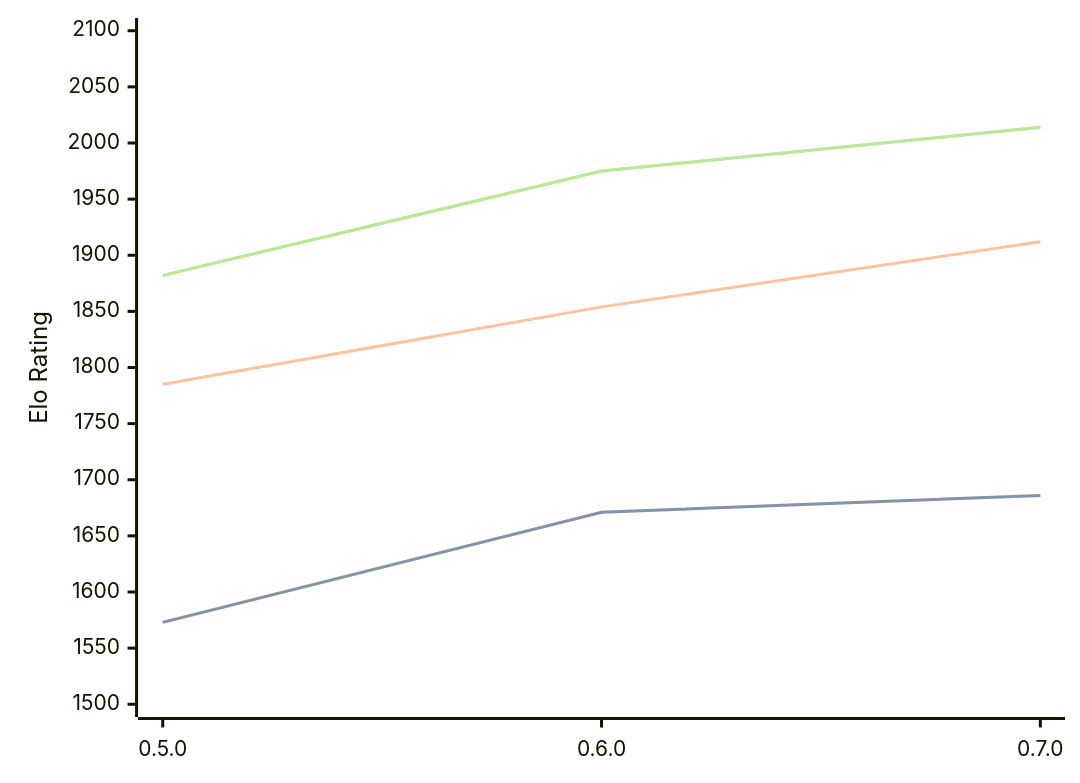
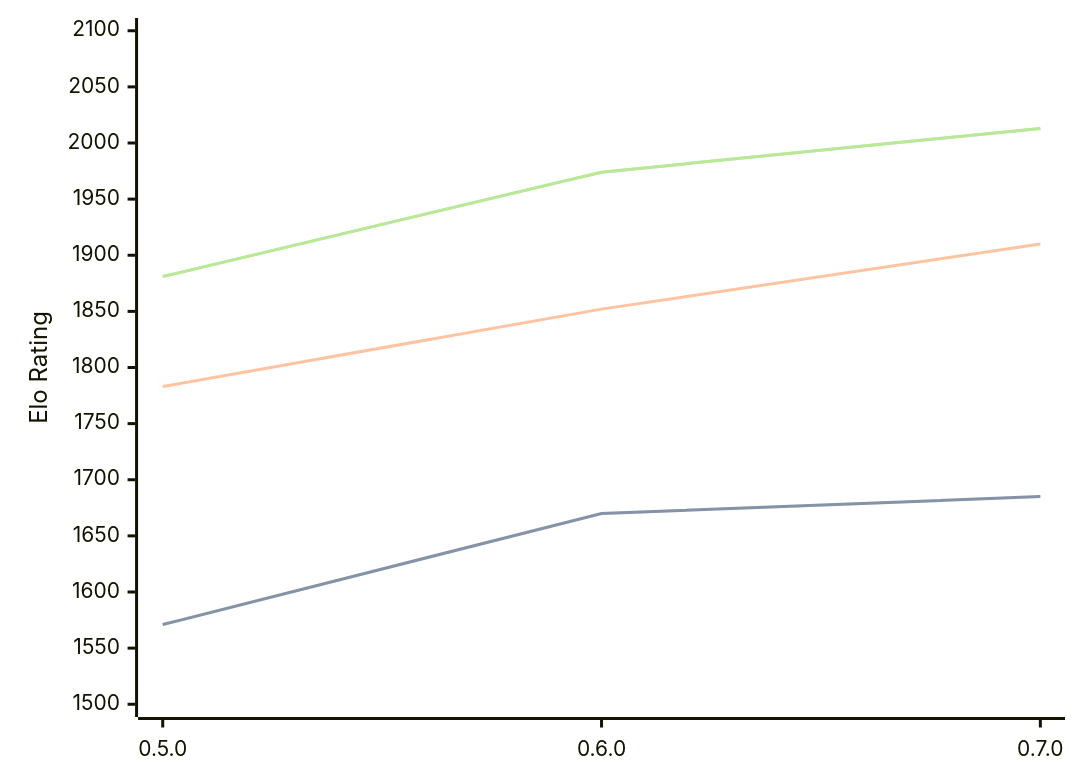
The third of 3 diagrams in engines/Chess-rs.md (computer-chess-index/cci), drawn with Mermaid before and after one commit. The commit also changed other lines of this file, not shown here.

Commit message:
Update CCI Ratings (ELO VLTC) - 2026-06-27

````diff
--- a/engines/Chess-rs.md
+++ b/engines/Chess-rs.md
@@ -74,11 +74,11 @@
 ```mermaid
 %%{init: {"theme":"base","themeVariables":{"seriesColors:['#a3a3a3','#222221','#faa371']}}}%%
 xychart-beta
   x-axis ["0.5.0", "0.6.0", "0.7.0"]
   y-axis "Elo Rating" 1500 --> 2100
-  line "STC (8.0+0.08s)" [1573, 1671, 1686]
-  line "STC (8.0+0.08s)" [1573, 1671, 1686]
-  line "LTC (60.0+0.60s)" [1785, 1854, 1912]
-  line "VLTC (2m24s+1.12s)" [1882, 1975, 2014]
-  line "VLTC (2m24s+1.12s)" [1882, 1975, 2014]
+  line "STC (8.0+0.08s)" [1571, 1670, 1685]
+  line "STC (8.0+0.08s)" [1571, 1670, 1685]
+  line "LTC (60.0+0.60s)" [1783, 1852, 1910]
+  line "VLTC (2m24s+1.12s)" [1881, 1974, 2013]
+  line "VLTC (2m24s+1.12s)" [1881, 1974, 2013]
 ```
````
